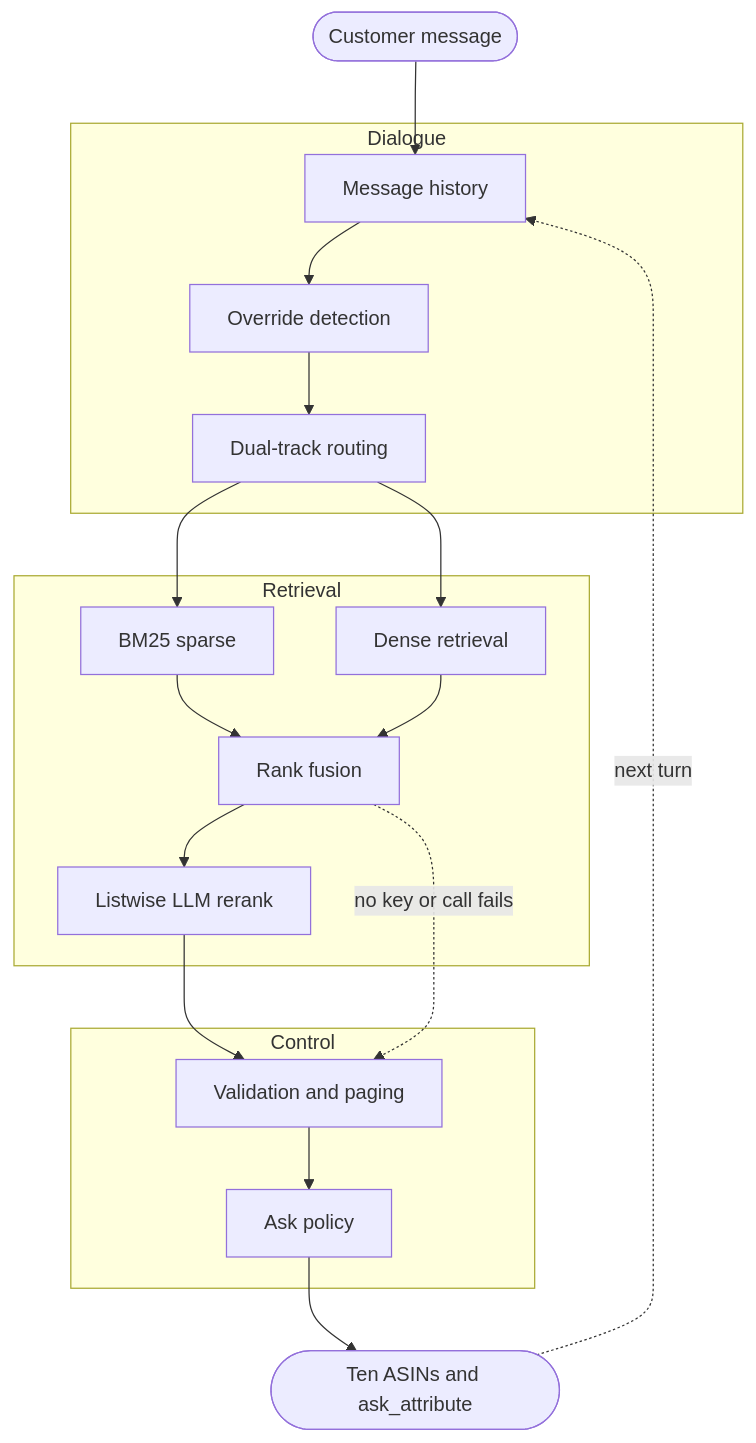
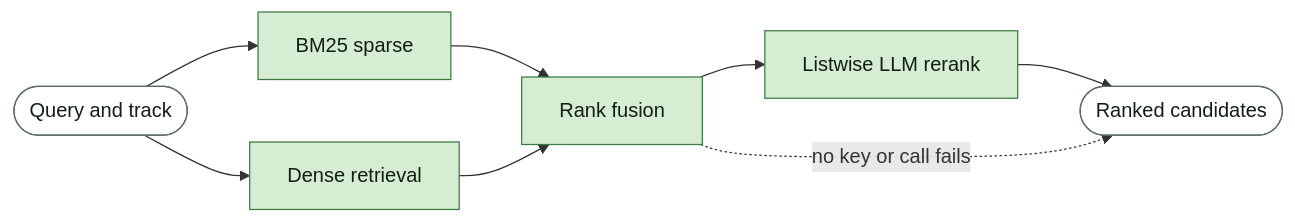
Before and after one commit to yong-zhuo/techjam26_inittowinit: the third of 4 diagrams in starter/README.md, drawn with Mermaid. The commit also changed other lines of this file, not shown here.

````diff
--- a/starter/README.md
+++ b/starter/README.md
@@ -17,26 +82,15 @@
 ```mermaid
-flowchart TB
-    IN([Customer message])
+flowchart LR
+    Q([Query and track]) --> B[BM25 sparse]
+    Q --> D[Dense retrieval]
+    B --> F[Rank fusion]
+    D --> F
+    F --> L[Listwise LLM rerank]
+    L --> X([Ranked candidates])
+    F -. no key or call fails .-> X
 
-    subgraph Dialogue
-        H[Message history] --> O[Override detection] --> T[Dual-track routing]
-    end
-
-    subgraph Retrieval
-        B[BM25 sparse] --> F[Rank fusion]
-        D[Dense retrieval] --> F
-        F --> L[Listwise LLM rerank]
-    end
-
-    subgraph Control
-        S[Validation and paging] --> A[Ask policy]
-    end
-
-    IN --> H
-    T --> B
-    T --> D
-    L --> S
-    F -. no key or call fails .-> S
-    A --> OUT([Ten ASINs and ask_attribute])
-    OUT -. next turn .-> H
+    classDef ret fill:#D6EDD3,stroke:#3C7A3F,color:#0F1F10
+    classDef io fill:#FFFFFF,stroke:#5A6A69,color:#131C1B
+    class B,D,F,L ret
+    class Q,X io
 ```
````
